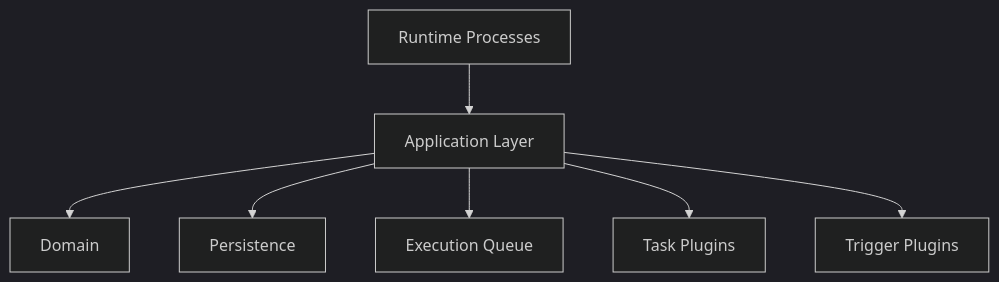
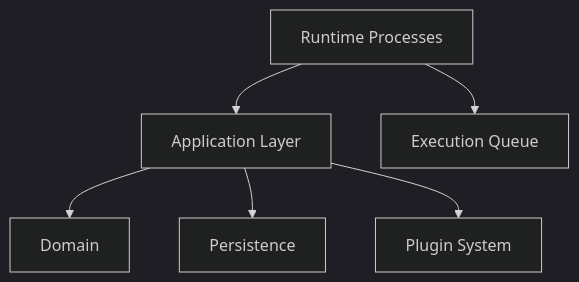
Before and after one commit to Devin8407/Automation-Platform: the first of 6 diagrams in docs/architecture/application.md, drawn with Mermaid (dark theme). The commit also changed other lines of this file and 8 other files, not shown here.

First line of the commit message:
Update architecture documentation and add application integration tests

````diff
--- a/docs/architecture/application.md
+++ b/docs/architecture/application.md
@@ -41,25 +27,18 @@
 ```mermaid
 flowchart TD
 
     Runtime["Runtime Processes"]
-
     Application["Application Layer"]
-
     Domain["Domain"]
-
     Persistence["Persistence"]
-
+    Plugins["Plugin System"]
     Queue["Execution Queue"]
-
-    Tasks["Task Plugins"]
-
-    Triggers["Trigger Plugins"]
 
     Runtime --> Application
 
     Application --> Domain
     Application --> Persistence
-    Application --> Queue
-    Application --> Tasks
-    Application --> Triggers
+    Application --> Plugins
+
+    Runtime --> Queue
 ```
````
